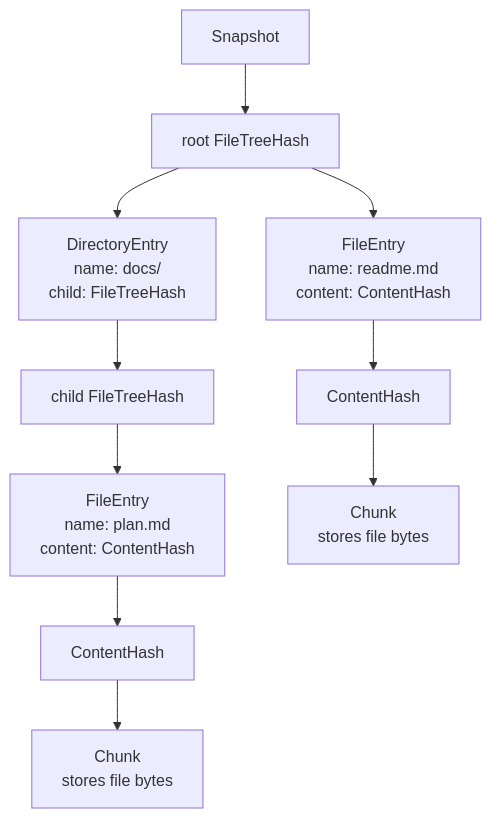
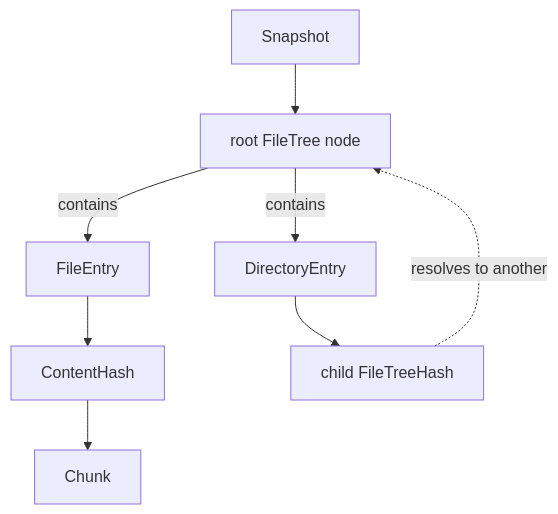
One commit to woutervanranst/Arius7 changed the first of 3 diagrams in docs/filetrees.md. Above: the diagram before and after it, drawn with Mermaid.

````diff
--- a/docs/filetrees.md
+++ b/docs/filetrees.md
@@ -5,12 +5,9 @@
 ```mermaid
-flowchart TD
-    S["Snapshot"] --> R["root FileTreeHash"]
-    R --> DE["DirectoryEntry\nname: docs/\nchild: FileTreeHash"]
-    R --> FE["FileEntry\nname: readme.md\ncontent: ContentHash"]
-    DE --> C["child FileTreeHash"]
-    C --> FE2["FileEntry\nname: plan.md\ncontent: ContentHash"]
-    FE --> CH1["ContentHash"]
-    FE2 --> CH2["ContentHash"]
-    CH1 --> CK1["Chunk\nstores file bytes"]
-    CH2 --> CK2["Chunk\nstores file bytes"]
+flowchart TB
+    S["Snapshot"] --> N["root FileTree node"]
+    N -- contains --> DE["DirectoryEntry"] & FE["FileEntry"]
+    FE --> CH["ContentHash"]
+    CH --> CK["Chunk"]
+    DE --> H["child FileTreeHash"]
+    H -. resolves to another .-> N
 ```
````
